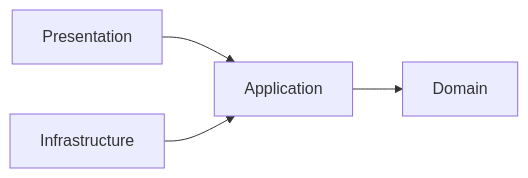
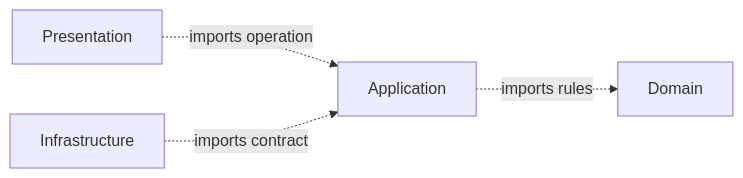
One commit to AndresTaoFlorez/software-architecture changed the first of 4 diagrams in onion-architecture/2-inward-dependencies.md. Above: the diagram before and after it, drawn with Mermaid. The commit also changed other lines of this file and 21 other files, not shown here.

````diff
--- a/onion-architecture/2-inward-dependencies.md
+++ b/onion-architecture/2-inward-dependencies.md
@@ -14,5 +14,5 @@
 ```mermaid
 flowchart LR
-    P["Presentation"] --> A["Application"] --> D["Domain"]
-    I["Infrastructure"] --> A
+    P["Presentation"] -. "imports operation" .-> A["Application"] -. "imports rules" .-> D["Domain"]
+    I["Infrastructure"] -. "imports contract" .-> A
 ```
````
